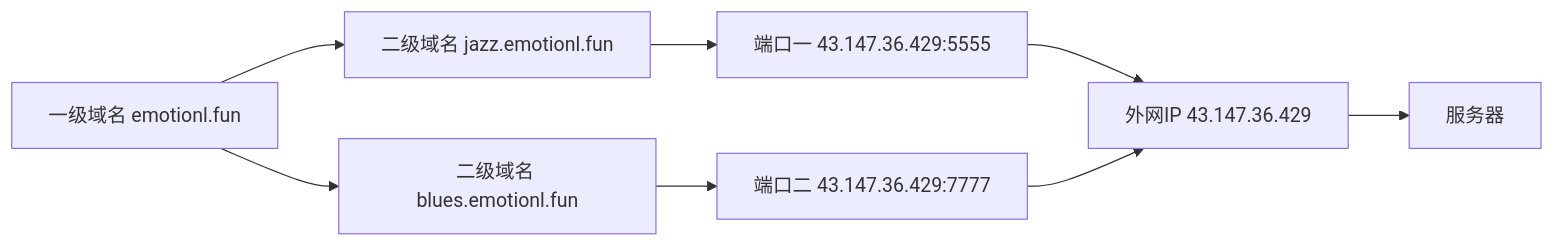
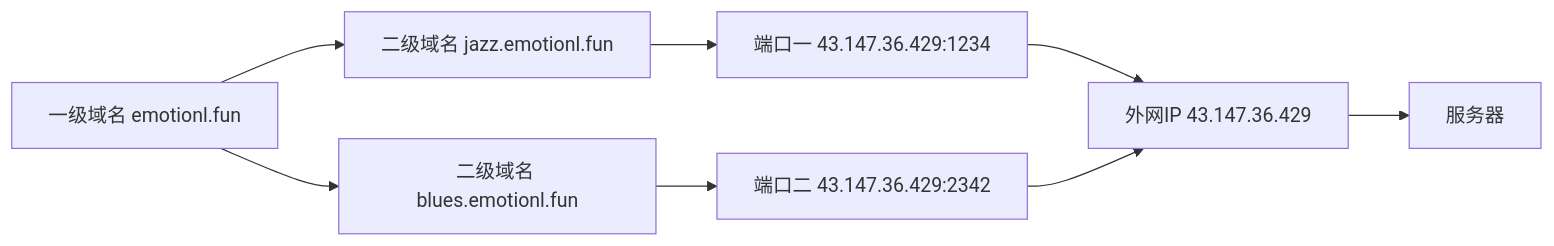
Before and after one commit to emotionl/emotionl.github.io: the diagram in doc/article/022-Nginx反向代理.md, drawn with Mermaid. The commit also changed other lines of this file, not shown here.

````diff
--- a/doc/article/022-Nginx反向代理.md
+++ b/doc/article/022-Nginx反向代理.md
@@ -14,18 +13,18 @@
 ```mermaid
 graph LR
 A[一级域名 emotionl.fun]
 B[二级域名 jazz.emotionl.fun]
 C[二级域名 blues.emotionl.fun]
 D[服务器]
 E[外网IP 43.147.36.429]
-F[端口一 43.147.36.429:5555]
-G[端口二 43.147.36.429:7777]
+F[端口一 43.147.36.429:1234]
+G[端口二 43.147.36.429:2342]
 A --> B
 A --> C
 B --> F
 C --> G
 F --> E
 G --> E
 E --> D
 
 ```
````
